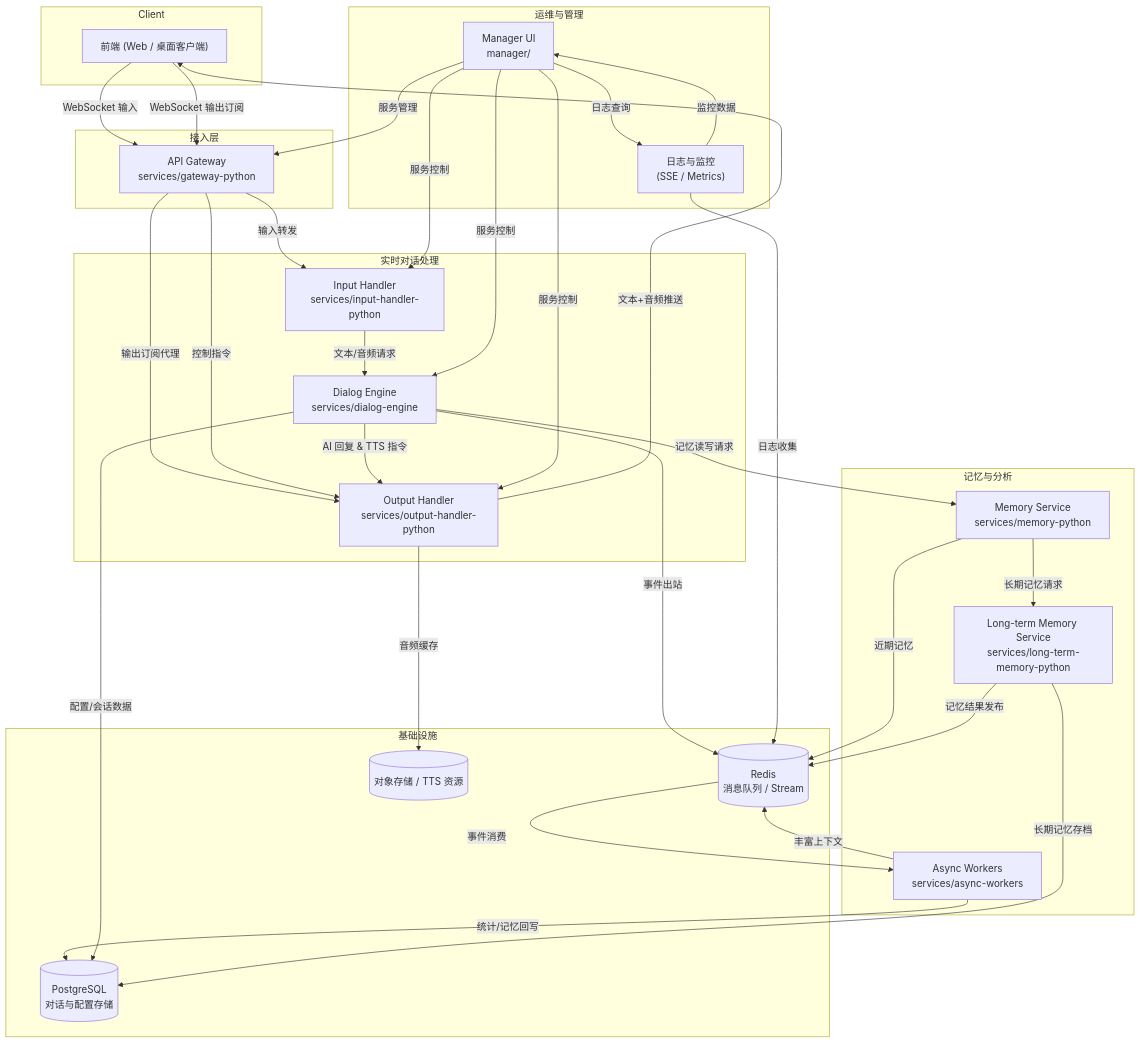
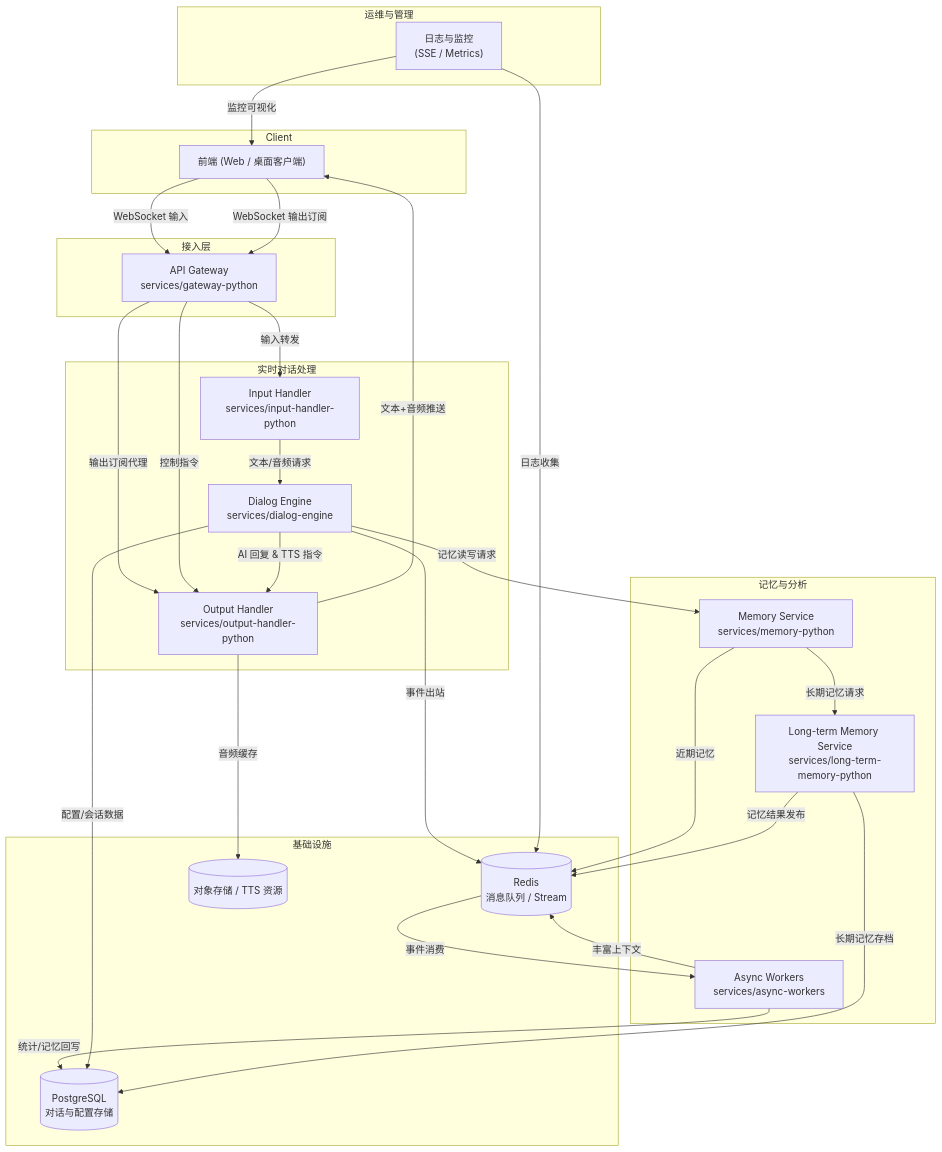
One commit to pixelsama/Free-Agent-Vtuber changed the diagram in docs/backend-architecture-diagram.md. Above: the diagram before and after it, drawn with Mermaid. The commit also changed 11 other files, not shown here.

````diff
--- a/docs/backend-architecture-diagram.md
+++ b/docs/backend-architecture-diagram.md
@@ -5,68 +5,61 @@
 ```mermaid
 graph TD
   subgraph Client["Client"]
     FE["前端 (Web / 桌面客户端)"]
   end
 
   subgraph GatewayLayer["接入层"]
     APIGW["API Gateway<br/>services/gateway-python"]
   end
 
   subgraph RealtimePipeline["实时对话处理"]
     IH["Input Handler<br/>services/input-handler-python"]
     DE["Dialog Engine<br/>services/dialog-engine"]
     OH["Output Handler<br/>services/output-handler-python"]
   end
 
   subgraph MemoryServices["记忆与分析"]
     MEM["Memory Service<br/>services/memory-python"]
     LTM["Long-term Memory Service<br/>services/long-term-memory-python"]
     AW["Async Workers<br/>services/async-workers"]
   end
 
   subgraph Infrastructure["基础设施"]
     Redis[("Redis<br/>消息队列 / Stream")]
     Postgres[("PostgreSQL<br/>对话与配置存储")]
     ObjectStore[("对象存储 / TTS 资源")]
   end
 
   subgraph Ops["运维与管理"]
-    ManagerUI["Manager UI<br/>manager/"]
     Observability["日志与监控<br/>(SSE / Metrics)"]
   end
 
   FE -- "WebSocket 输入" --> APIGW
   FE -- "WebSocket 输出订阅" --> APIGW
 
   APIGW -- "输入转发" --> IH
   APIGW -- "输出订阅代理" --> OH
   APIGW -- "控制指令" --> OH
 
   IH -- "文本/音频请求" --> DE
   DE -- "AI 回复 & TTS 指令" --> OH
   OH -- "文本+音频推送" --> FE
 
   DE -- "记忆读写请求" --> MEM
   MEM -- "近期记忆" --> Redis
   MEM -- "长期记忆请求" --> LTM
   LTM -- "记忆结果发布" --> Redis
   DE -- "事件出站" --> Redis
 
   Redis -- "事件消费" --> AW
   AW -- "统计/记忆回写" --> Postgres
   AW -- "丰富上下文" --> Redis
 
   DE -- "配置/会话数据" --> Postgres
   LTM -- "长期记忆存档" --> Postgres
   OH -- "音频缓存" --> ObjectStore
 
-  ManagerUI -- "服务管理" --> APIGW
-  ManagerUI -- "服务控制" --> IH
-  ManagerUI -- "服务控制" --> OH
-  ManagerUI -- "服务控制" --> DE
-  ManagerUI -- "日志查询" --> Observability
-
   Observability -- "日志收集" --> Redis
-  Observability -- "监控数据" --> ManagerUI
+  Observability -- "监控可视化" --> FE
 
 ```
````
